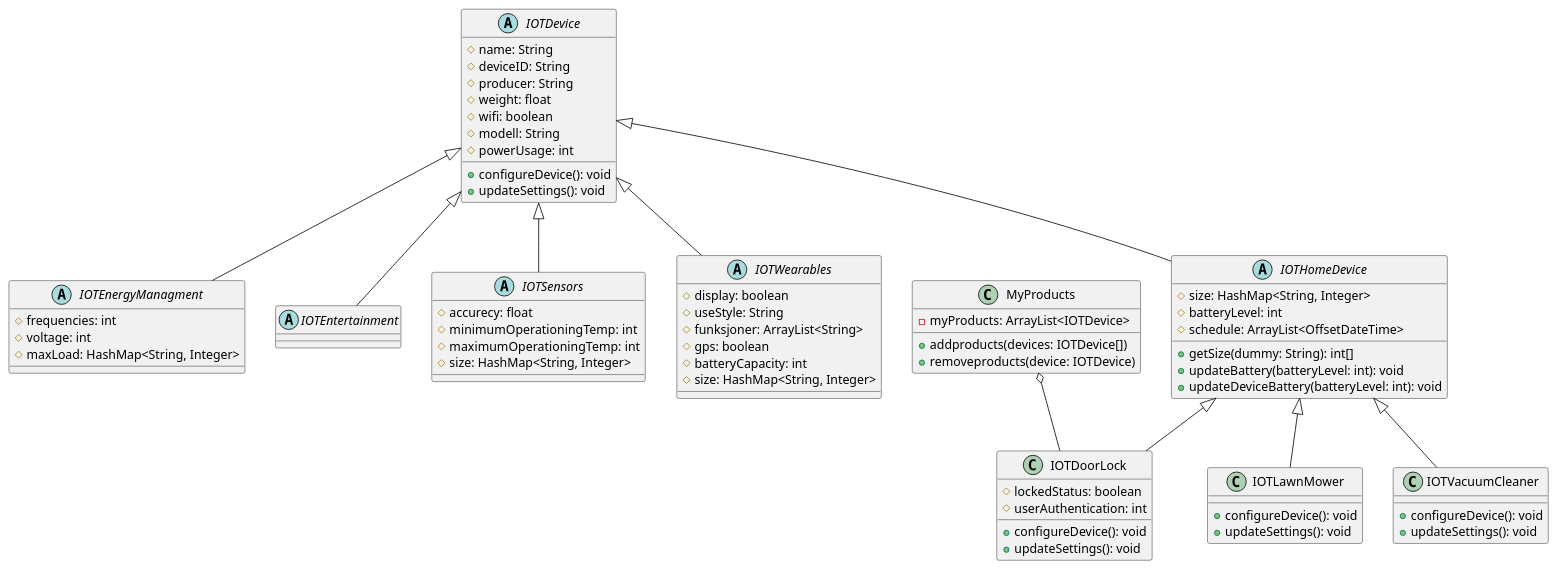
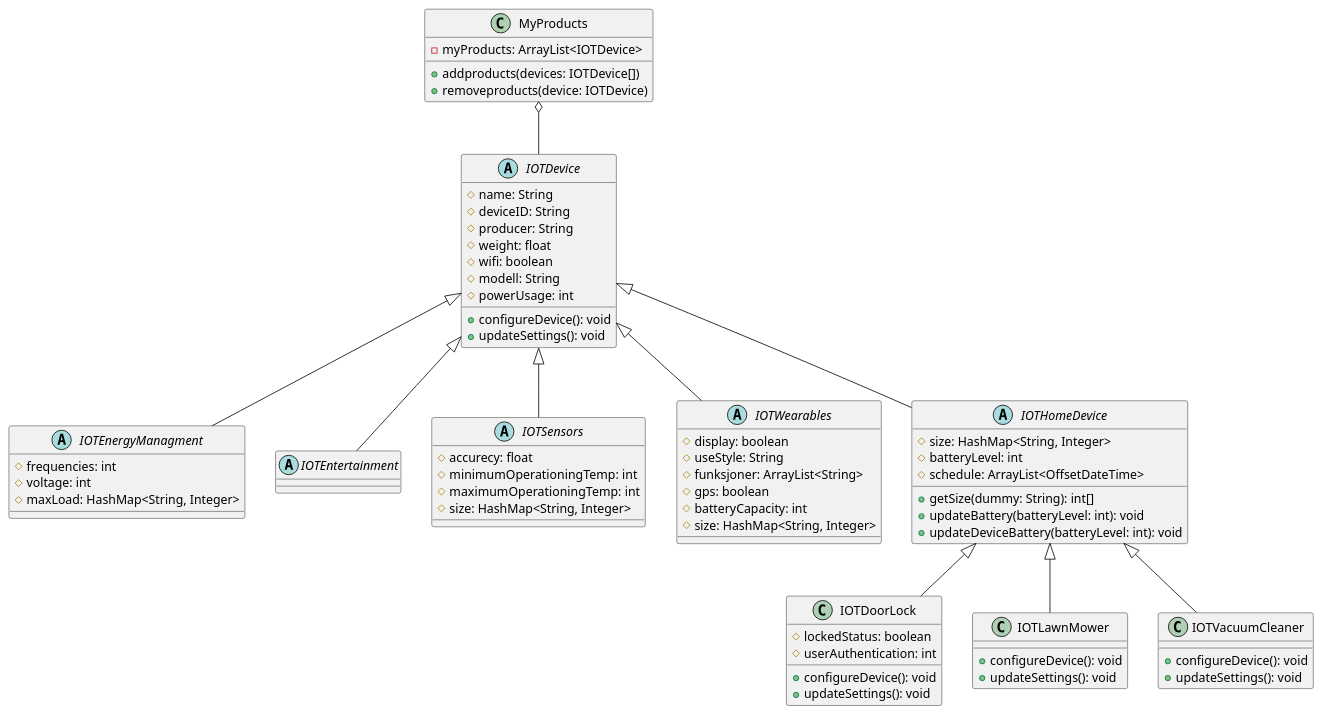
One commit to MaRoeIT/SoftwareEng_Gruppe_13 changed the diagram in SET_gruppe_13/src/main/java/no/hiof/g13/uml/IOTDevicesUML.puml. Above: the diagram before and after it, drawn with PlantUML. The commit also changed 4 other files, not shown here.

```diff
--- a/SET_gruppe_13/src/main/java/no/hiof/g13/uml/IOTDevicesUML.puml
+++ b/SET_gruppe_13/src/main/java/no/hiof/g13/uml/IOTDevicesUML.puml
@@ -1,72 +1,72 @@
 @startuml
 'https://plantuml.com/class-diagram
 
 abstract class IOTDevice{
     #name: String
     #deviceID: String
     #producer: String
     #weight: float
     #wifi: boolean
     #modell: String
     #powerUsage: int
     +configureDevice(): void
     +updateSettings(): void
 }
 IOTDevice <|-- IOTEnergyManagment
 IOTDevice <|-- IOTEntertainment
 IOTDevice <|-- IOTSensors
 IOTDevice <|-- IOTWearables
 IOTDevice <|-- IOTHomeDevice
 abstract class IOTEnergyManagment{
     #frequencies: int
     #voltage: int
     #maxLoad: HashMap<String, Integer>
 }
 abstract class IOTEntertainment
 abstract class IOTSensors{
     #accurecy: float
     #minimumOperationingTemp: int
     #maximumOperationingTemp: int
     #size: HashMap<String, Integer>
 }
 abstract class IOTWearables{
     #display: boolean
     #useStyle: String
     #funksjoner: ArrayList<String>
     #gps: boolean
     #batteryCapacity: int
     #size: HashMap<String, Integer>
 }
 abstract class IOTHomeDevice{
     #size: HashMap<String, Integer>
     #batteryLevel: int
     #schedule: ArrayList<OffsetDateTime>
     +getSize(dummy: String): int[]
     +updateBattery(batteryLevel: int): void
     +updateDeviceBattery(batteryLevel: int): void
 }
 IOTHomeDevice <|-- IOTDoorLock
 IOTHomeDevice <|-- IOTLawnMower
 IOTHomeDevice <|-- IOTVacuumCleaner
 class IOTDoorLock{
     #lockedStatus: boolean
     #userAuthentication: int
     +configureDevice(): void
     +updateSettings(): void
 }
 class IOTLawnMower{
     +configureDevice(): void
     +updateSettings(): void
 }
 class IOTVacuumCleaner{
     +configureDevice(): void
     +updateSettings(): void
 }
 class MyProducts{
     -myProducts: ArrayList<IOTDevice>
     +addproducts(devices: IOTDevice[])
     +removeproducts(device: IOTDevice)
 }
-MyProducts o-- IOTDoorLock
+MyProducts o-- IOTDevice
 
 @enduml
```
